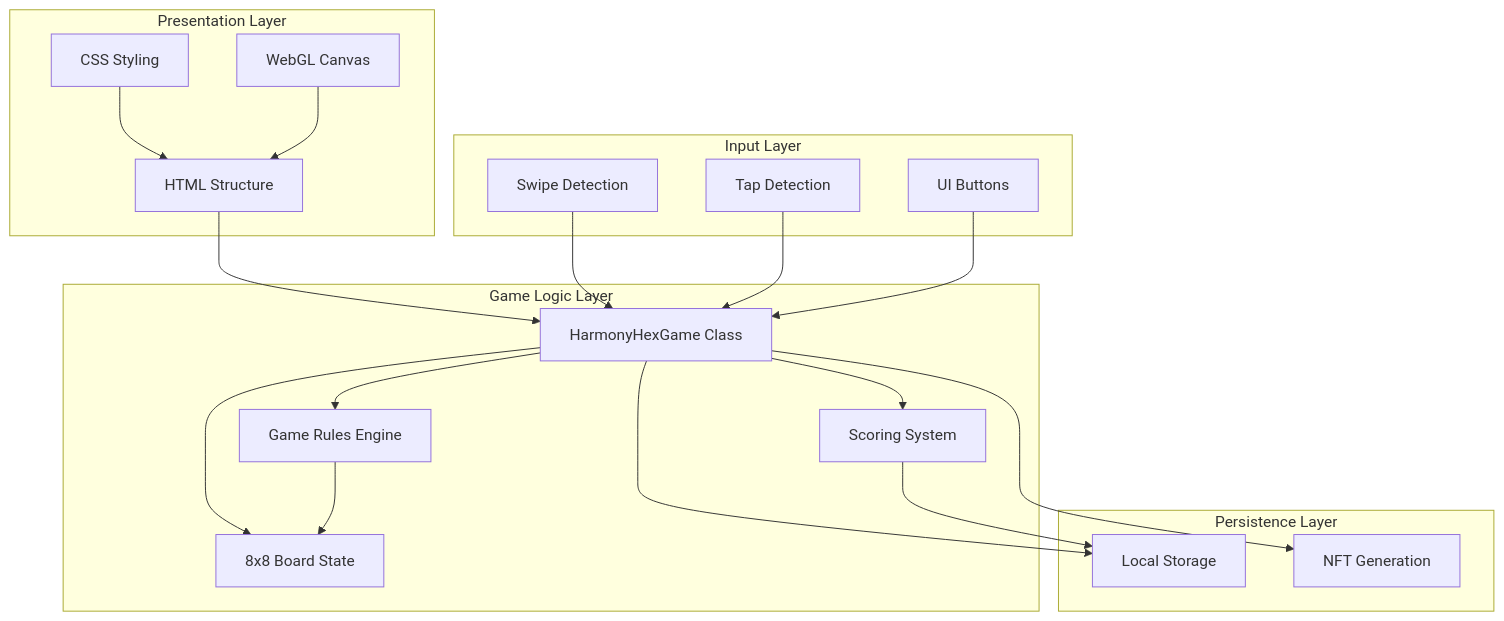
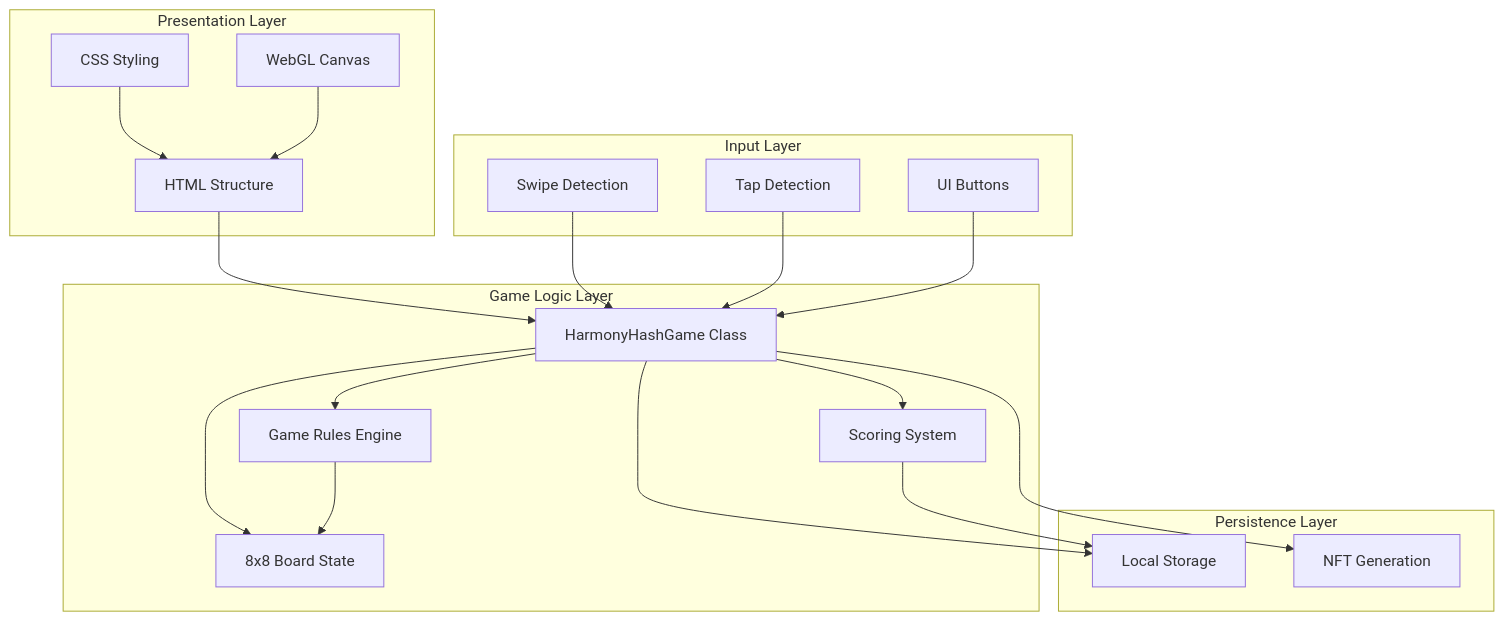
One commit to alemigav/harmony-hash-game changed the first of 20 diagrams in diagram.md. Above: the diagram before and after it, drawn with Mermaid. The commit also changed other lines of this file, not shown here.

Commit message:
Rename Harmony Hex to Harmony Hash in documentation

````diff
--- a/diagram.md
+++ b/diagram.md
@@ -11,40 +11,40 @@
 ```mermaid
 graph TB
     subgraph "Presentation Layer"
         HTML[HTML Structure]
         CSS[CSS Styling]
         Canvas[WebGL Canvas]
     end
     
     subgraph "Game Logic Layer"
-        GameClass[HarmonyHexGame Class]
+        GameClass[HarmonyHashGame Class]
         Board[8x8 Board State]
         Rules[Game Rules Engine]
         Scoring[Scoring System]
     end
     
     subgraph "Input Layer"
         Swipe[Swipe Detection]
         Tap[Tap Detection]
         Buttons[UI Buttons]
     end
     
     subgraph "Persistence Layer"
         LocalStorage[Local Storage]
         NFT[NFT Generation]
     end
     
     HTML --> GameClass
     CSS --> HTML
     Canvas --> HTML
     Swipe --> GameClass
     Tap --> GameClass
     Buttons --> GameClass
     GameClass --> Board
     GameClass --> Rules
     GameClass --> Scoring
     GameClass --> LocalStorage
     GameClass --> NFT
     Rules --> Board
     Scoring --> LocalStorage
 ```
````
